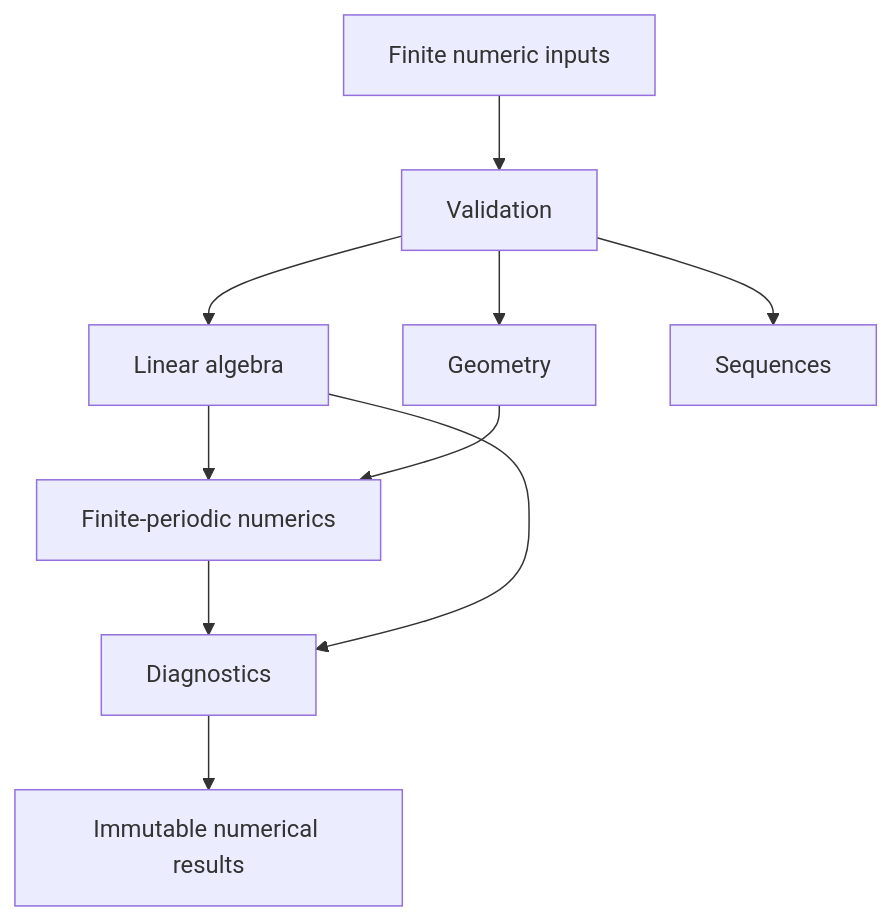
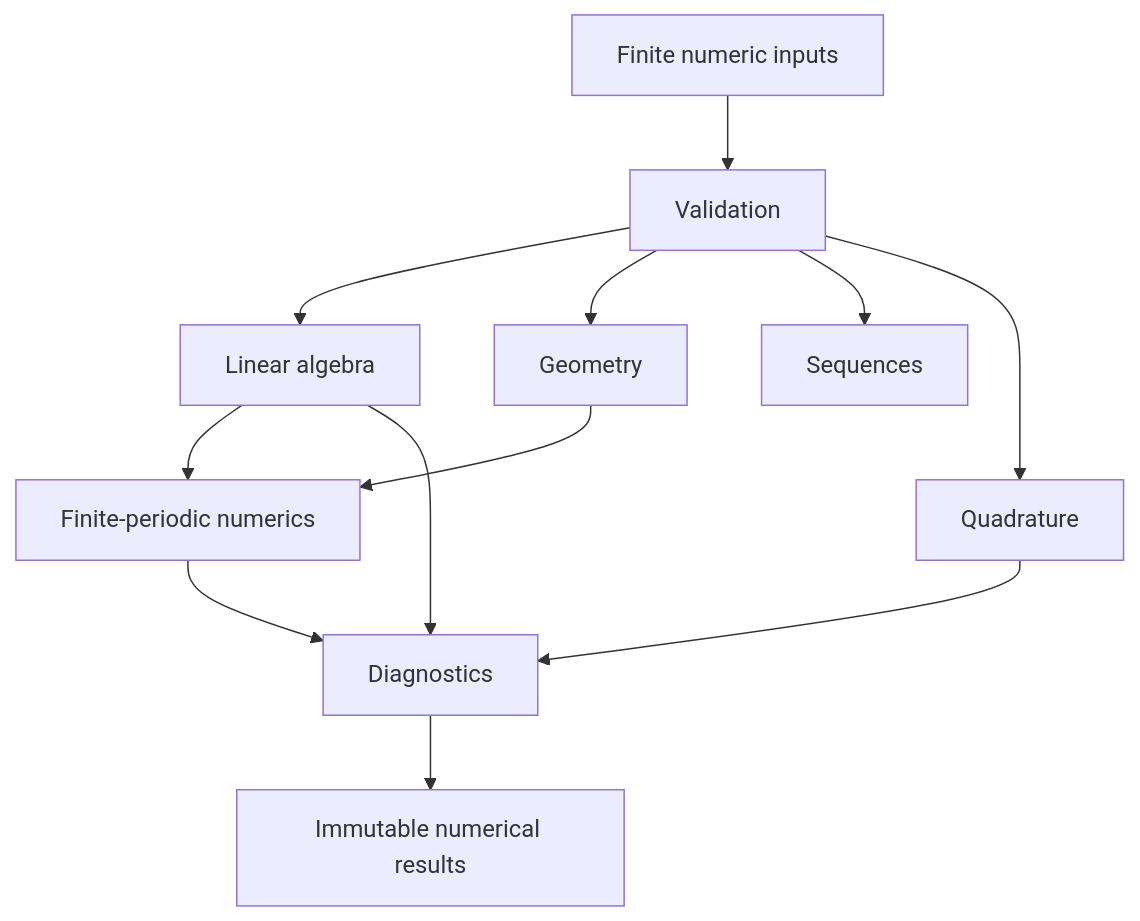
One commit to eragasa/projectkoios-optimization changed the first of 3 diagrams in docs/architecture/projectkoios/numerics/schematics.md. Above: the diagram before and after it, drawn with Mermaid. The commit also changed 15 other files, not shown here.

````diff
--- a/docs/architecture/projectkoios/numerics/schematics.md
+++ b/docs/architecture/projectkoios/numerics/schematics.md
@@ -5,12 +5,14 @@
 ```mermaid
 flowchart TD
     I[Finite numeric inputs] --> V[Validation]
     V --> L[Linear algebra]
     V --> G[Geometry]
     V --> S[Sequences]
+    V --> Q[Quadrature]
     L --> P[Finite-periodic numerics]
     G --> P
     P --> D[Diagnostics]
+    Q --> D
     L --> D
     D --> R[Immutable numerical results]
 ```
````
